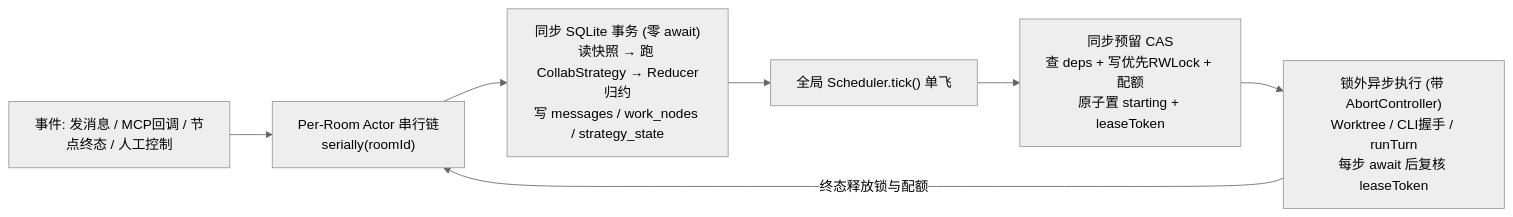
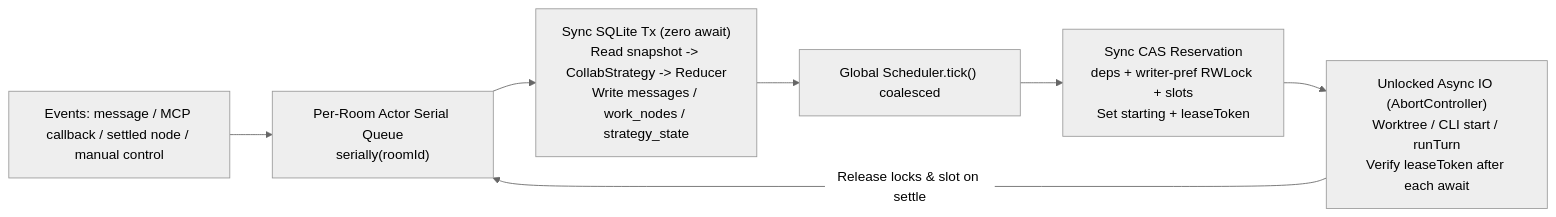
Before and after one commit to lilojmmJimmy/omagents: the second of 2 diagrams in docs/02-ARCHITECTURE.md, drawn with Mermaid (neutral theme). The commit also changed other lines of this file and 9 other files, not shown here.

Commit message:
docs: translate legacy architecture specs and milestone reports to English

````diff
--- a/docs/02-ARCHITECTURE.md
+++ b/docs/02-ARCHITECTURE.md
@@ -189,9 +189,9 @@
 ```mermaid
 flowchart LR
-  EV["事件: 发消息 / MCP回调 / 节点终态 / 人工控制"] --> ACT["Per-Room Actor 串行链\nserially(roomId)"]
-  ACT --> TX["同步 SQLite 事务 (零 await)\n读快照 → 跑 CollabStrategy → Reducer归约\n写 messages / work_nodes / strategy_state"]
-  TX --> TICK["全局 Scheduler.tick() 单飞"]
-  TICK --> CAS["同步预留 CAS\n查 deps + 写优先RWLock + 配额\n原子置 starting + leaseToken"]
-  CAS --> IO["锁外异步执行 (带 AbortController)\nWorktree / CLI握手 / runTurn\n每步 await 后复核 leaseToken"]
-  IO -->|终态释放锁与配额| ACT
+  EV["Events: message / MCP callback / settled node / manual control"] --> ACT["Per-Room Actor Serial Queue\nserially(roomId)"]
+  ACT --> TX["Sync SQLite Tx (zero await)\nRead snapshot -> CollabStrategy -> Reducer\nWrite messages / work_nodes / strategy_state"]
+  TX --> TICK["Global Scheduler.tick() coalesced"]
+  TICK --> CAS["Sync CAS Reservation\ndeps + writer-pref RWLock + slots\nSet starting + leaseToken"]
+  CAS --> IO["Unlocked Async IO (AbortController)\nWorktree / CLI start / runTurn\nVerify leaseToken after each await"]
+  IO -->|Release locks & slot on settle| ACT
 ```
````
